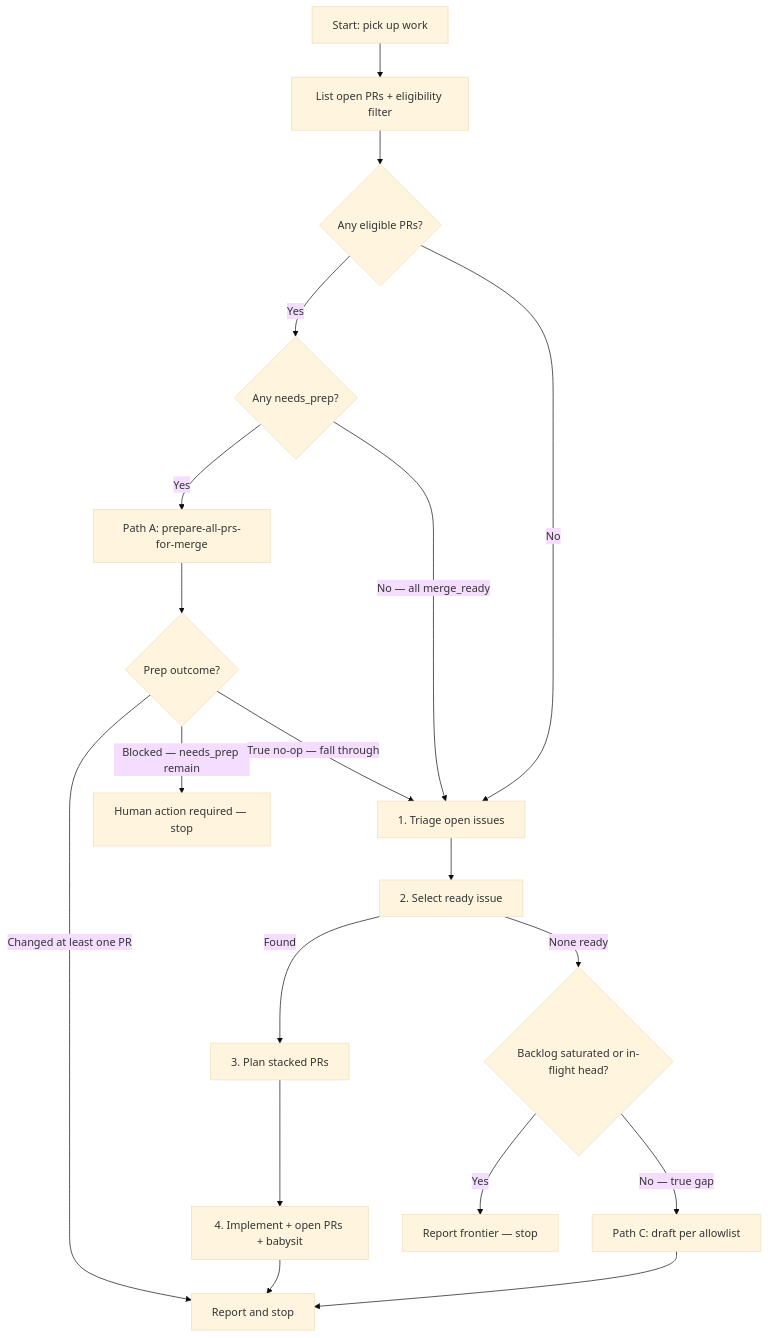
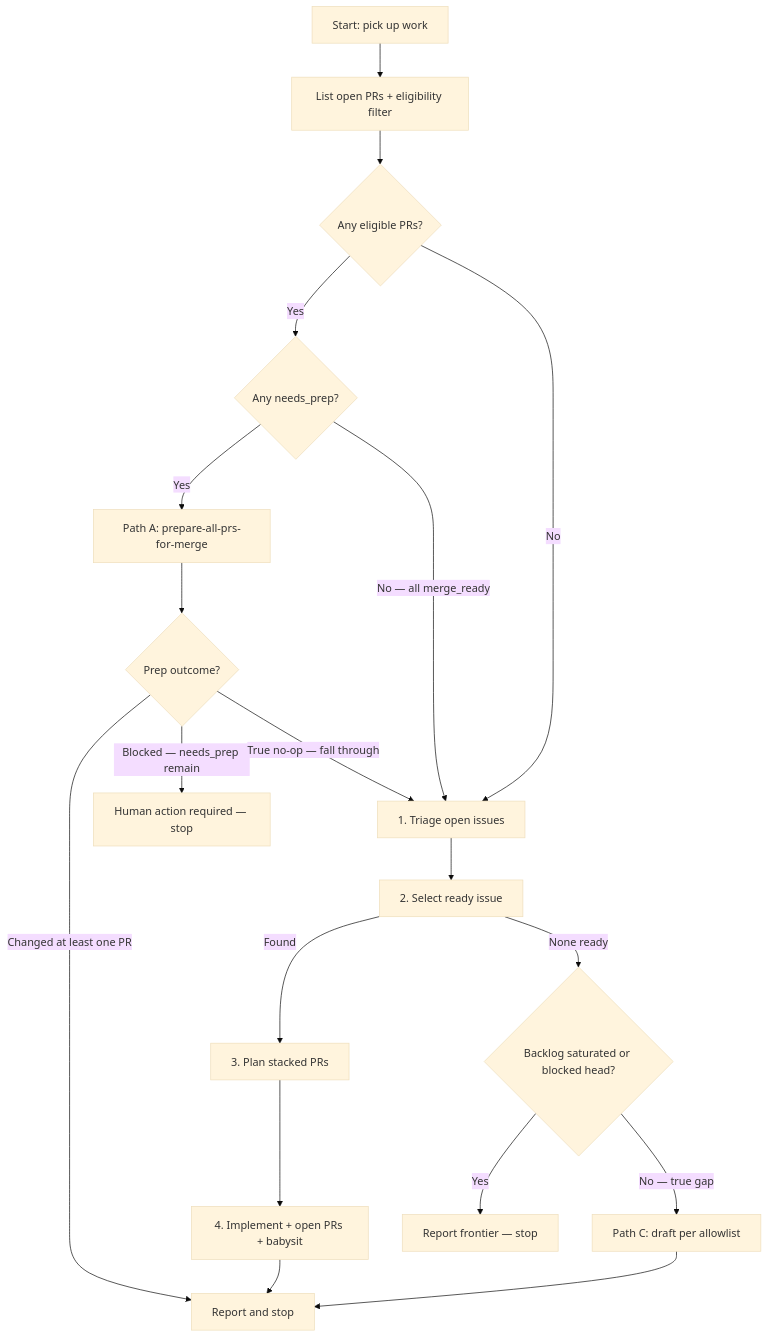
One commit to toadslop/rtl88x2bu-linux-driver changed the diagram in .cursor/skills/pick-up-work-item/SKILL.md. Above: the diagram before and after it, drawn with Mermaid (base theme). The commit also changed other lines of this file and 5 other files, not shown here.

````diff
--- a/.cursor/skills/pick-up-work-item/SKILL.md
+++ b/.cursor/skills/pick-up-work-item/SKILL.md
@@ -154,21 +154,21 @@
 ```mermaid
 flowchart TD
   A[Start: pick up work] --> B[List open PRs + eligibility filter]
   B --> C{Any eligible PRs?}
   C -->|Yes| C2{Any needs_prep?}
   C2 -->|Yes| D[Path A: prepare-all-prs-for-merge]
   D --> D2{Prep outcome?}
   D2 -->|Changed at least one PR| Z[Report and stop]
   D2 -->|Blocked — needs_prep remain| Z2[Human action required — stop]
   D2 -->|True no-op — fall through| E
   C2 -->|No — all merge_ready| E[1. Triage open issues]
   C -->|No| E
   E --> F[2. Select ready issue]
   F -->|Found| G[3. Plan stacked PRs]
   G --> H[4. Implement + open PRs + babysit]
   H --> Z
-  F -->|None ready| I{Backlog saturated or in-flight head?}
+  F -->|None ready| I{Backlog saturated or blocked head?}
   I -->|Yes| Z3[Report frontier — stop]
   I -->|No — true gap| J[Path C: draft per allowlist]
   J --> Z
 ```
````
